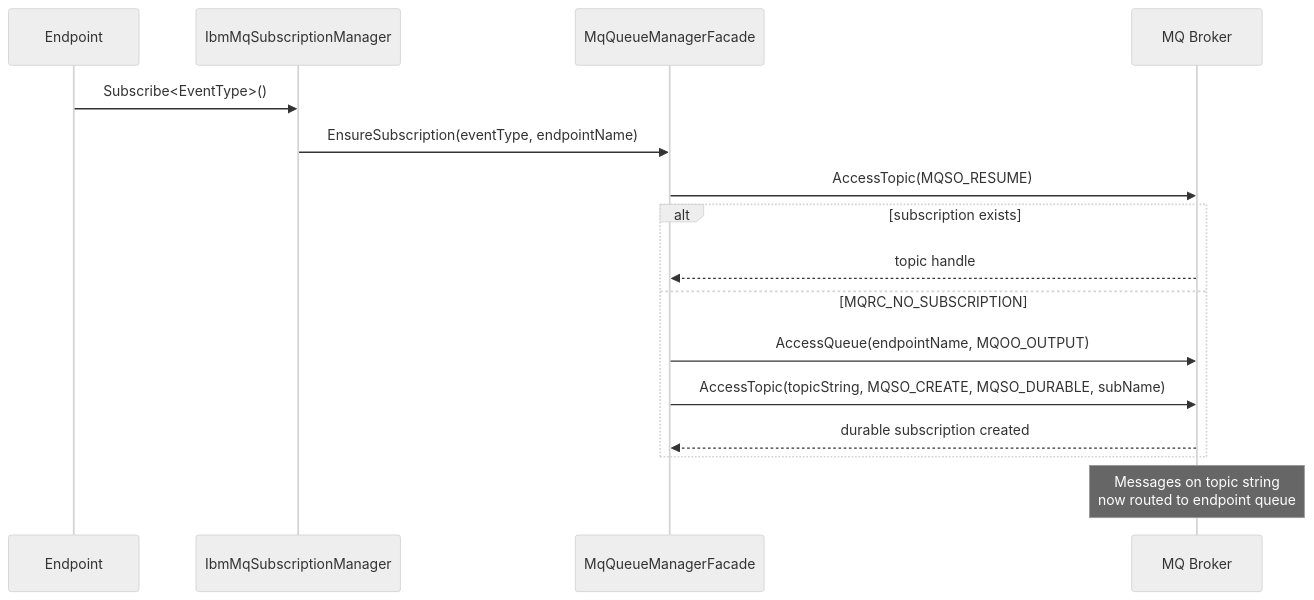
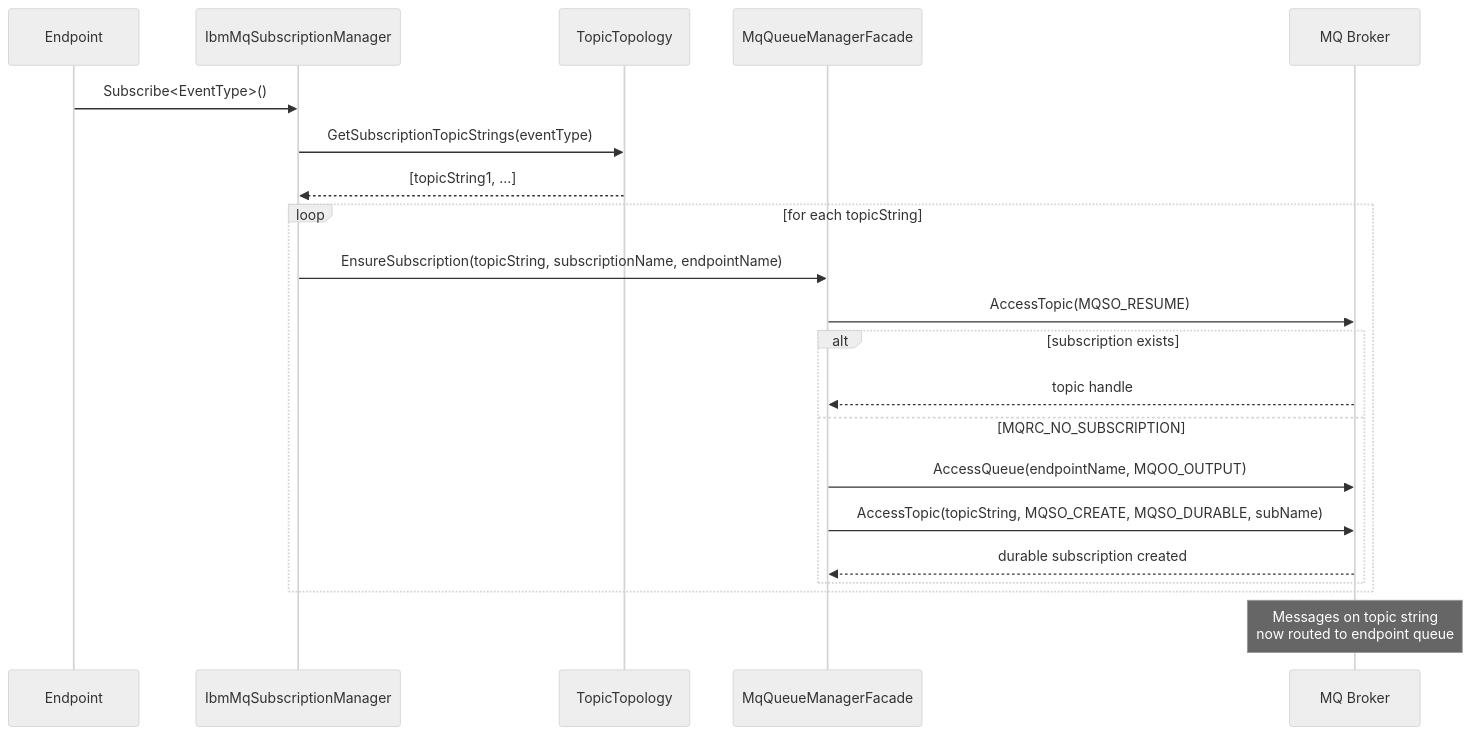
One commit to Particular/NServiceBus.Transport.IBMMQ changed the second of 3 diagrams in docs/topology.md. Above: the diagram before and after it, drawn with Mermaid (neutral theme). The commit also changed other lines of this file and 24 other files, not shown here.

First line of the commit message:
✨ Add TopicPerEvent pub/sub topology with subscriber-side fan-out

````diff
--- a/docs/topology.md
+++ b/docs/topology.md
@@ -81,19 +54,24 @@
 ```mermaid
 sequenceDiagram
     participant E as Endpoint
     participant SM as IbmMqSubscriptionManager
+    participant T as TopicTopology
     participant F as MqQueueManagerFacade
     participant MQ as MQ Broker
 
     E->>SM: Subscribe<EventType>()
-    SM->>F: EnsureSubscription(eventType, endpointName)
-    F->>MQ: AccessTopic(MQSO_RESUME)
-    alt subscription exists
-        MQ-->>F: topic handle
-    else MQRC_NO_SUBSCRIPTION
-        F->>MQ: AccessQueue(endpointName, MQOO_OUTPUT)
-        F->>MQ: AccessTopic(topicString, MQSO_CREATE, MQSO_DURABLE, subName)
-        MQ-->>F: durable subscription created
+    SM->>T: GetSubscriptionTopicStrings(eventType)
+    T-->>SM: [topicString1, ...]
+    loop for each topicString
+        SM->>F: EnsureSubscription(topicString, subscriptionName, endpointName)
+        F->>MQ: AccessTopic(MQSO_RESUME)
+        alt subscription exists
+            MQ-->>F: topic handle
+        else MQRC_NO_SUBSCRIPTION
+            F->>MQ: AccessQueue(endpointName, MQOO_OUTPUT)
+            F->>MQ: AccessTopic(topicString, MQSO_CREATE, MQSO_DURABLE, subName)
+            MQ-->>F: durable subscription created
+        end
     end
     Note over MQ: Messages on topic string<br/>now routed to endpoint queue
 ```
````
